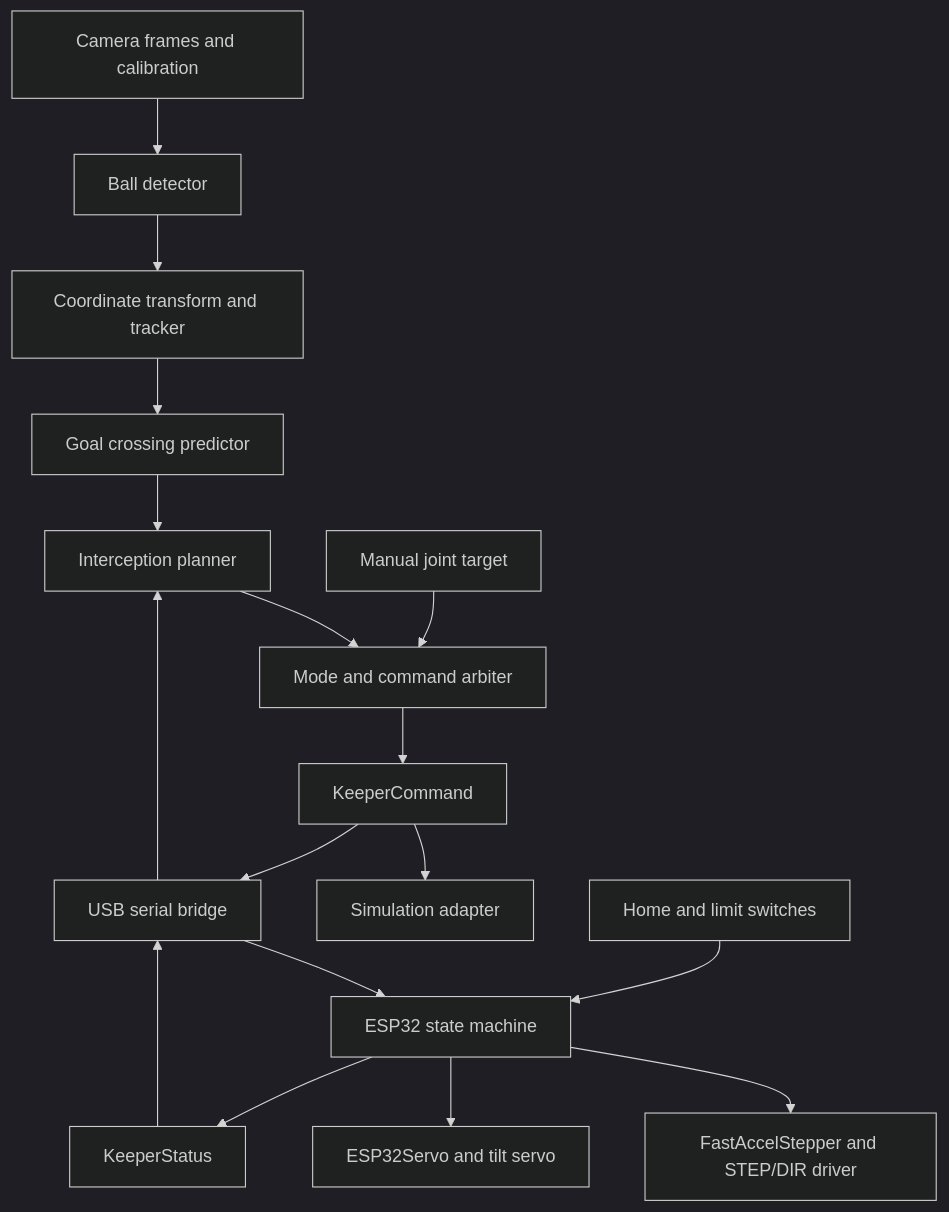
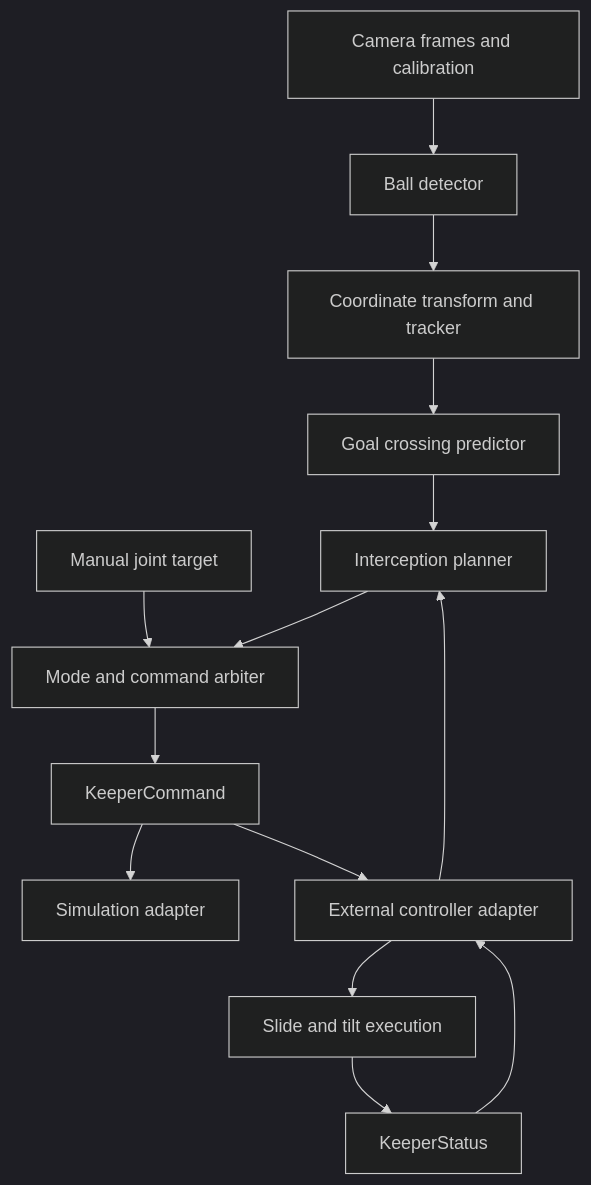
The diagram in docs/architecture.md (yla0123/autonomous-goalkeeper-robot), drawn with Mermaid (dark theme) before and after one commit. The commit also changed other lines of this file and 12 other files, not shown here.

````diff
--- a/docs/architecture.md
+++ b/docs/architecture.md
@@ -25,19 +23,16 @@
 ```mermaid
 flowchart TB
     Camera[Camera frames and calibration] --> Detect[Ball detector]
     Detect --> Track[Coordinate transform and tracker]
     Track --> Predict[Goal crossing predictor]
     Predict --> Plan[Interception planner]
     Manual[Manual joint target] --> Arbiter[Mode and command arbiter]
     Plan --> Arbiter
     Arbiter --> Command[KeeperCommand]
     Command --> Gazebo[Simulation adapter]
-    Command --> Serial[USB serial bridge]
-    Serial --> ESP32[ESP32 state machine]
-    ESP32 --> Stepper[FastAccelStepper and STEP/DIR driver]
-    ESP32 --> Servo[ESP32Servo and tilt servo]
-    Switches[Home and limit switches] --> ESP32
-    ESP32 --> Feedback[KeeperStatus]
-    Feedback --> Serial
-    Serial --> Plan
+    Command --> Adapter[External controller adapter]
+    Adapter --> Execution[Slide and tilt execution]
+    Execution --> Feedback[KeeperStatus]
+    Feedback --> Adapter
+    Adapter --> Plan
 ```
````
